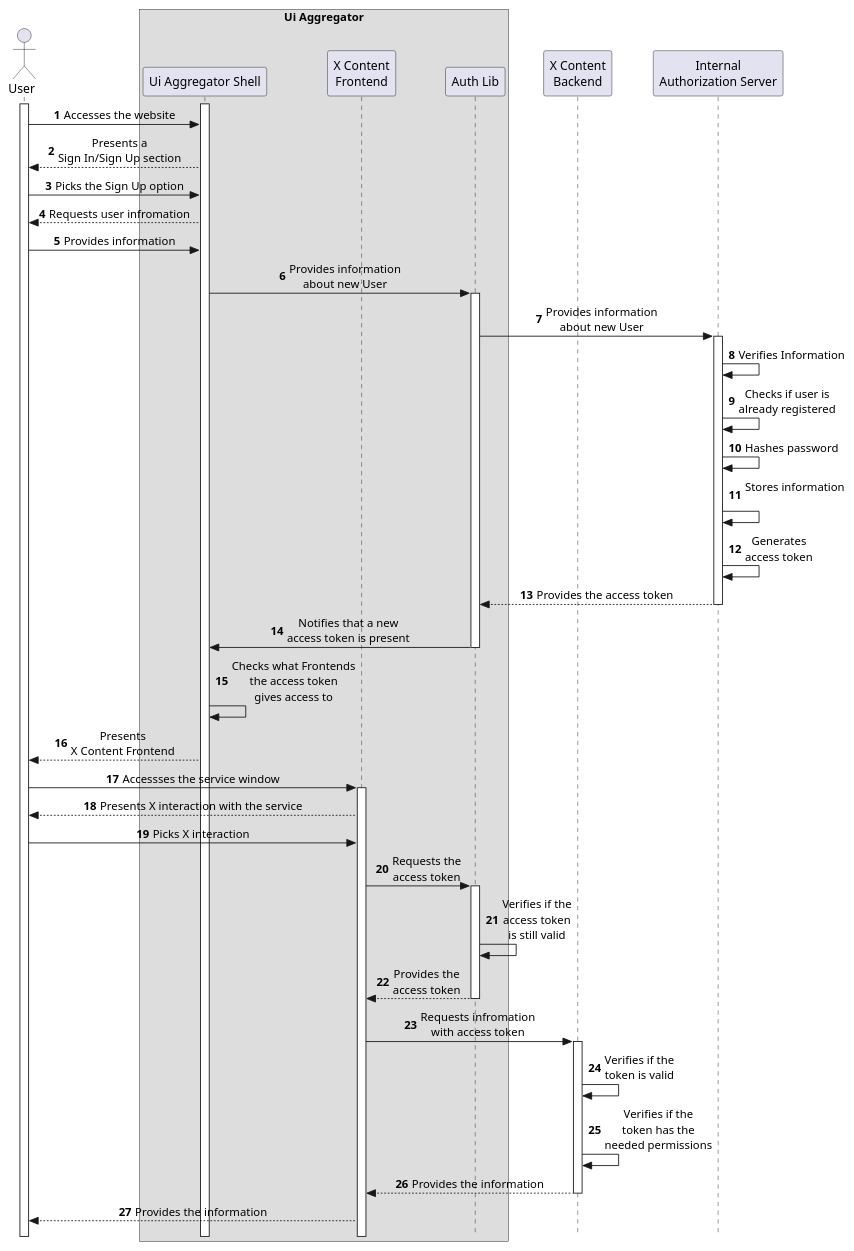
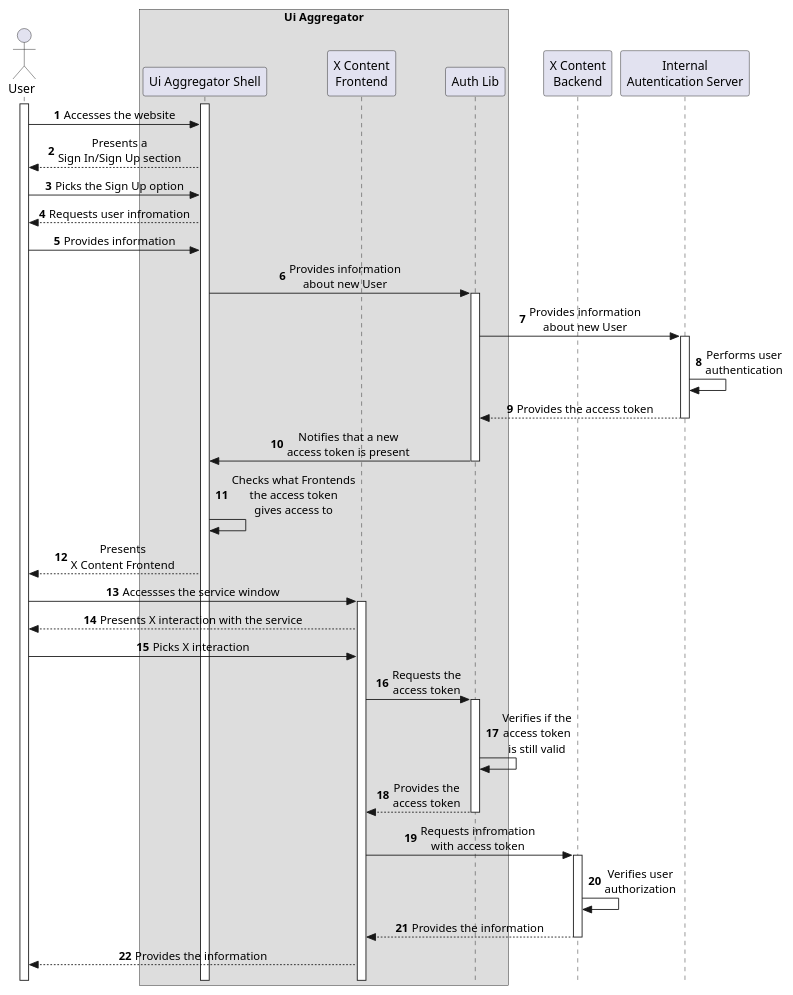
One commit to FilipeMCruz/dissertation changed the diagram in assets/diagrams/design/alternatives/auth/alternative1.pu. Above: the diagram before and after it, drawn with PlantUML. The commit also changed 107 other files, not shown here.

```diff
--- a/assets/diagrams/design/alternatives/auth/alternative1.pu
+++ b/assets/diagrams/design/alternatives/auth/alternative1.pu
@@ -1,59 +1,54 @@
 @startuml alternative1
 
 skinparam sequenceMessageAlign center
 skinparam style strictuml
 autonumber 1
 !pragma teoz true
 
 actor User
 
 box "Ui Aggregator"
 participant "Ui Aggregator Shell" as AGGRE
 participant "X Content\nFrontend" as XFRONT
 participant "Auth Lib" as AUTHLIB
 end box
 
 participant "X Content\nBackend" as XBACK
 
-participant "Internal\nAuthorization Server" as AUTHSERVER
+participant "Internal\nAutentication Server" as AUTHSERVER
 
 activate AGGRE
 activate User
 
 User -> AGGRE: Accesses the website
 AGGRE --> User: Presents a\nSign In/Sign Up section
 User -> AGGRE: Picks the Sign Up option
 AGGRE --> User: Requests user infromation
 User -> AGGRE: Provides information
 AGGRE -> AUTHLIB: Provides information\nabout new User
 activate AUTHLIB
 AUTHLIB -> AUTHSERVER: Provides information\nabout new User
 activate AUTHSERVER
-AUTHSERVER -> AUTHSERVER: Verifies Information
-AUTHSERVER -> AUTHSERVER: Checks if user is\nalready registered
-AUTHSERVER -> AUTHSERVER: Hashes password
-AUTHSERVER -> AUTHSERVER: Stores information\n
-AUTHSERVER -> AUTHSERVER: Generates\naccess token
+AUTHSERVER -> AUTHSERVER: Performs user\nauthentication
 AUTHSERVER --> AUTHLIB: Provides the access token
 deactivate AUTHSERVER
 AUTHLIB -> AGGRE: Notifies that a new\naccess token is present
 deactivate AUTHLIB
 AGGRE -> AGGRE: Checks what Frontends\nthe access token\ngives access to
 AGGRE --> User: Presents\nX Content Frontend
 User -> XFRONT: Accessses the service window
 activate XFRONT
 XFRONT --> User: Presents X interaction with the service
 User -> XFRONT: Picks X interaction
 XFRONT -> AUTHLIB: Requests the\naccess token
 activate AUTHLIB
 AUTHLIB -> AUTHLIB: Verifies if the\naccess token\nis still valid
 AUTHLIB --> XFRONT: Provides the\naccess token
 deactivate AUTHLIB
 XFRONT -> XBACK: Requests infromation\nwith access token
 activate XBACK
-XBACK -> XBACK: Verifies if the\ntoken is valid
-XBACK -> XBACK: Verifies if the\ntoken has the\nneeded permissions
+XBACK -> XBACK: Verifies user\nauthorization
 XBACK --> XFRONT: Provides the information
 deactivate XBACK
 XFRONT --> User: Provides the information
 @enduml
```
